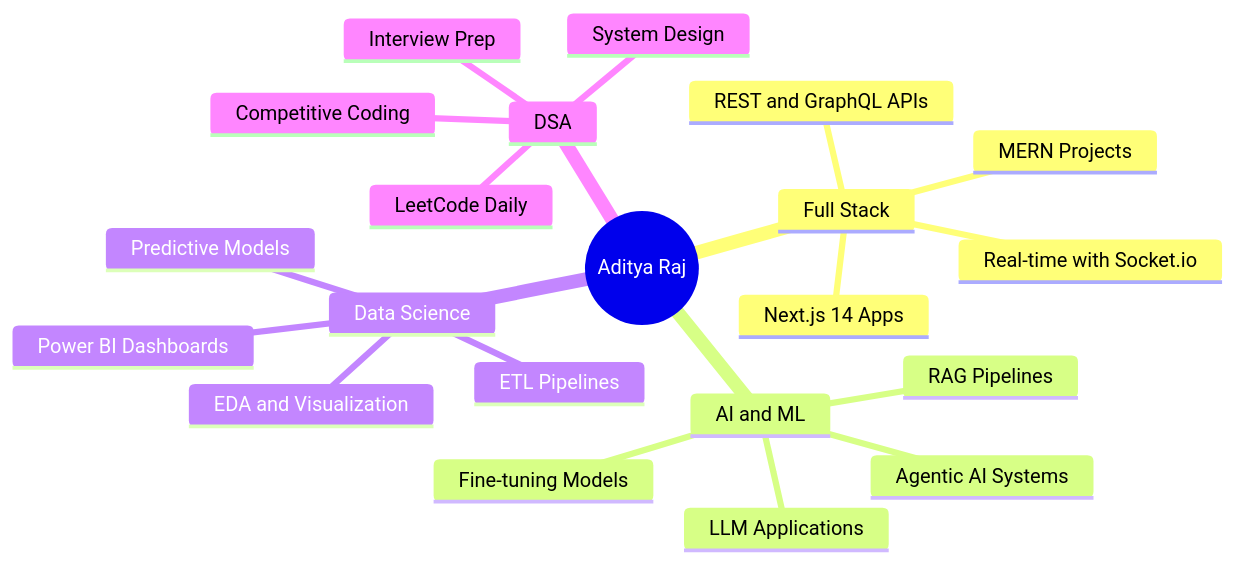
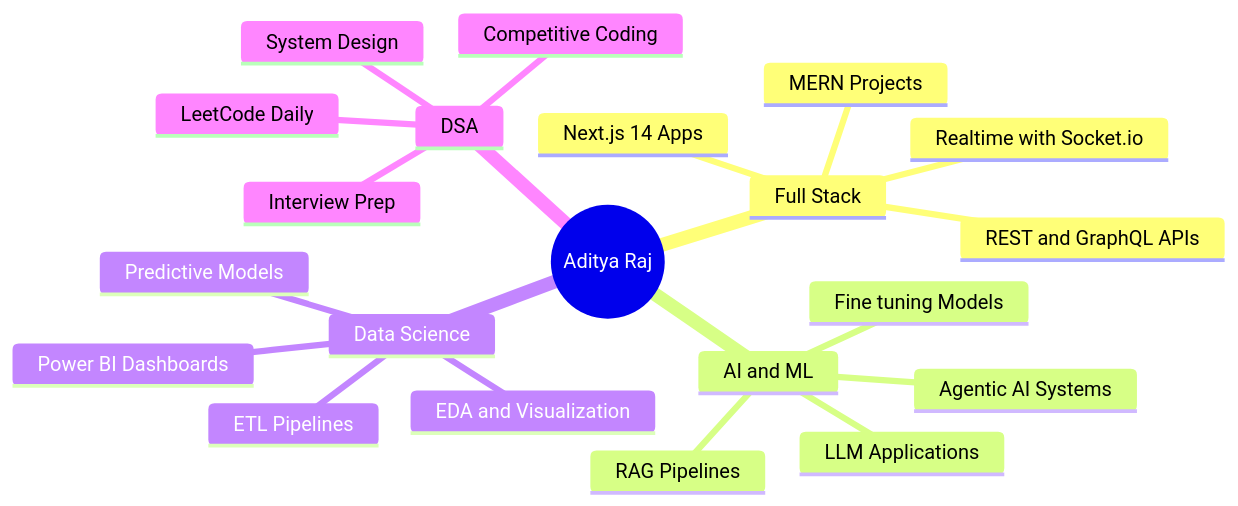
Before and after one commit to adityaraj1001/adityaraj1001: the diagram in README.MD, drawn with Mermaid. The commit also changed other lines of this file, not shown here.

````diff
--- a/README.MD
+++ b/README.MD
@@ -343,24 +242,24 @@
 ```mermaid
 mindmap
   root((Aditya Raj))
     Full Stack
       MERN Projects
       Next.js 14 Apps
       REST and GraphQL APIs
-      Real-time with Socket.io
+      Realtime with Socket.io
     AI and ML
       LLM Applications
       RAG Pipelines
       Agentic AI Systems
-      Fine-tuning Models
+      Fine tuning Models
     Data Science
       Power BI Dashboards
       Predictive Models
       ETL Pipelines
       EDA and Visualization
     DSA
       LeetCode Daily
       System Design
       Competitive Coding
       Interview Prep
 ```
````
